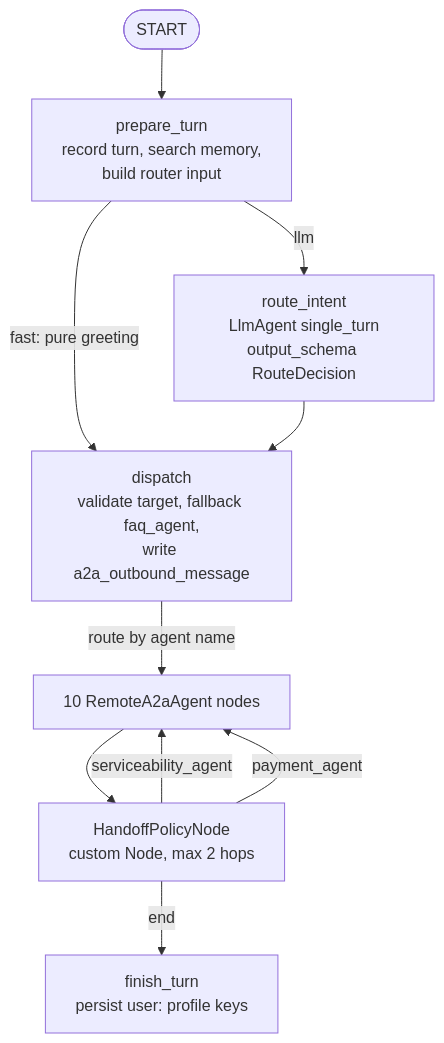
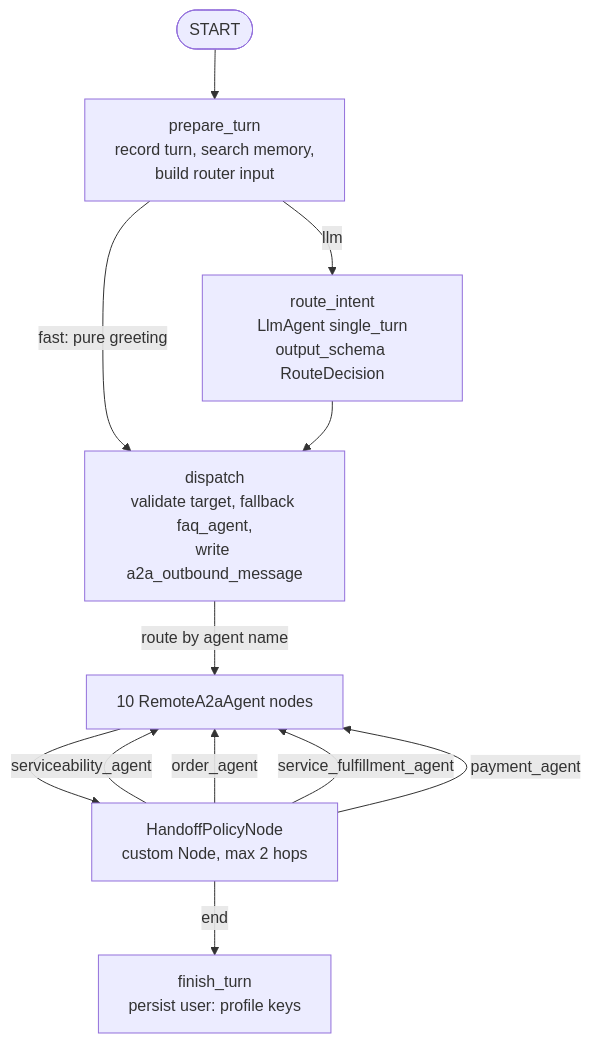
Before and after one commit to sudhamanc/ConversationalSalesAgent: the second of 3 diagrams in AGENTS.md, drawn with Mermaid. The commit also changed other lines of this file and 74 other files, not shown here.

````diff
--- a/AGENTS.md
+++ b/AGENTS.md
@@ -292,12 +293,14 @@
 ```mermaid
 graph TD
     START(["START"]) --> PREP["prepare_turn<br/>record turn, search memory,<br/>build router input"]
     PREP -->|fast: pure greeting| DISPATCH
     PREP -->|llm| ROUTER["route_intent<br/>LlmAgent single_turn<br/>output_schema RouteDecision"]
     ROUTER --> DISPATCH["dispatch<br/>validate target, fallback faq_agent,<br/>write a2a_outbound_message"]
     DISPATCH -->|route by agent name| AGENTS["10 RemoteA2aAgent nodes"]
     AGENTS --> HANDOFF["HandoffPolicyNode<br/>custom Node, max 2 hops"]
     HANDOFF -->|serviceability_agent| AGENTS
+    HANDOFF -->|order_agent| AGENTS
+    HANDOFF -->|service_fulfillment_agent| AGENTS
     HANDOFF -->|payment_agent| AGENTS
     HANDOFF -->|end| FINISH["finish_turn<br/>persist user: profile keys"]
 ```
````
